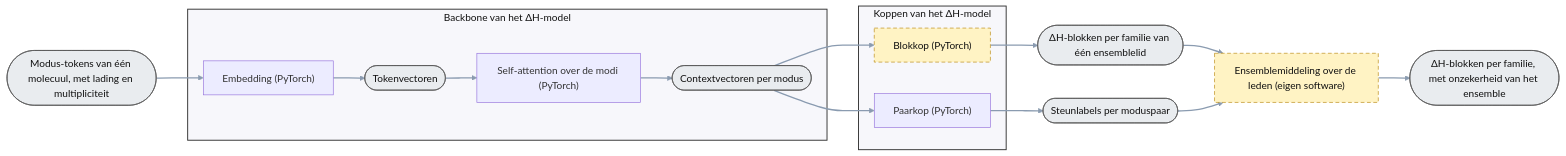
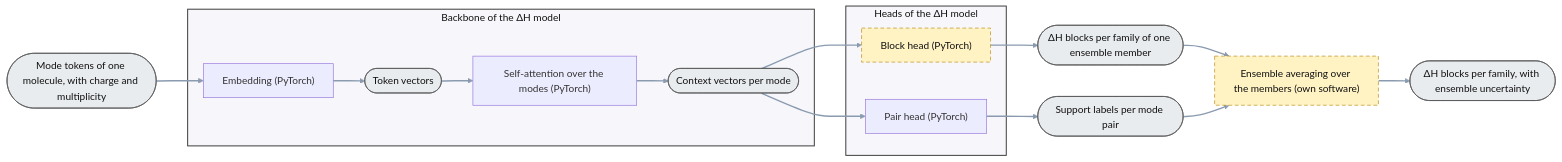
Before and after one commit to thebreadishard/udacity-capstone-plan: the sixth of 9 diagrams in plans/05_delta-probed-ir-pipeline/GoalGathering/architecture/ARCHITECTURE.md, drawn with Mermaid. The commit also changed other lines of this file and 18 other files, not shown here.

Commit message:
Plan 05 architecture: translated to English (sheets 0-8, PyTorch sheet, index); files renamed to English; mechanical check: same node ids, shapes, classes, edges and subgraphs per sheet, PyTorch AST identical up to docstrings and message strings, all nine sheets render in Mermaid 11

````diff
--- a/plans/05_delta-probed-ir-pipeline/GoalGathering/architecture/ARCHITECTURE.md
+++ b/plans/05_delta-probed-ir-pipeline/GoalGathering/architecture/ARCHITECTURE.md
@@ -276,37 +276,37 @@
 ```mermaid
-%% Componenten van het ΔH-model (niveau 4): wat er binnen de stap "Forward pass (ΔH-model, PyTorch)" van blad 8 (de spectrumpipeline) gebeurt. Backbone = embedding en self-attention; koppen = blokkop en paarkop; het ensemble bestaat uit leden met verschillende seeds. Doelarchitectuur; grotendeels nog niet gebouwd.
-%% Rechthoek = processtap (bewerking + software); ronde uiteinden = data-object (het ding). Elke stap levert één data-object. Gestippeld = nog niet gebouwd.
+%% Components of the ΔH model (level 4): what happens inside the step "Forward pass (ΔH model, PyTorch)" of sheet 8 (the spectrum pipeline). Backbone = embedding and self-attention; heads = block head and pair head; the ensemble consists of members with different seeds. Target architecture; largely not built yet.
+%% Rectangle = process step (operation + software); rounded ends = data object (the thing). Every step yields one data object. Dashed = not built yet.
 flowchart LR
   linkStyle default stroke:#8a9bb0,stroke-width:2.2px
   classDef planned stroke-dasharray: 6 4,stroke:#b8860b,fill:#fff3c4,color:#111
   classDef data fill:#e9ecef,stroke:#555,color:#111
   classDef part fill:#f7f7fb,stroke:#333,stroke-width:1.5px,color:#111
 
-  TOK(["Modus-tokens van één molecuul, met lading en multipliciteit"]):::data
+  TOK(["Mode tokens of one molecule, with charge and multiplicity"]):::data
   EMB["Embedding (PyTorch)"]
-  EMBV(["Tokenvectoren"]):::data
-  ATT["Self-attention over de modi (PyTorch)"]
-  CTX(["Contextvectoren per modus"]):::data
-  BLK["Blokkop (PyTorch)"]:::planned
-  BLKS(["ΔH-blokken per familie van één ensemblelid"]):::data
-  PAIR["Paarkop (PyTorch)"]
-  PAIRS(["Steunlabels per moduspaar"]):::data
-  ENSA["Ensemblemiddeling over de leden (eigen software)"]:::planned
-  OUT(["ΔH-blokken per familie, met onzekerheid van het ensemble"]):::data
+  EMBV(["Token vectors"]):::data
+  ATT["Self-attention over the modes (PyTorch)"]
+  CTX(["Context vectors per mode"]):::data
+  BLK["Block head (PyTorch)"]:::planned
+  BLKS(["ΔH blocks per family of one ensemble member"]):::data
+  PAIR["Pair head (PyTorch)"]
+  PAIRS(["Support labels per mode pair"]):::data
+  ENSA["Ensemble averaging over the members (own software)"]:::planned
+  OUT(["ΔH blocks per family, with ensemble uncertainty"]):::data
 
-  subgraph BB["Backbone van het ΔH-model"]
+  subgraph BB["Backbone of the ΔH model"]
     EMB
     EMBV
     ATT
     CTX
   end
-  subgraph HD["Koppen van het ΔH-model"]
+  subgraph HD["Heads of the ΔH model"]
     BLK
     PAIR
   end
   class BB,HD part
 
   TOK --> EMB --> EMBV --> ATT --> CTX
   CTX --> BLK --> BLKS --> ENSA --> OUT
   CTX --> PAIR --> PAIRS --> ENSA
 ```
````
